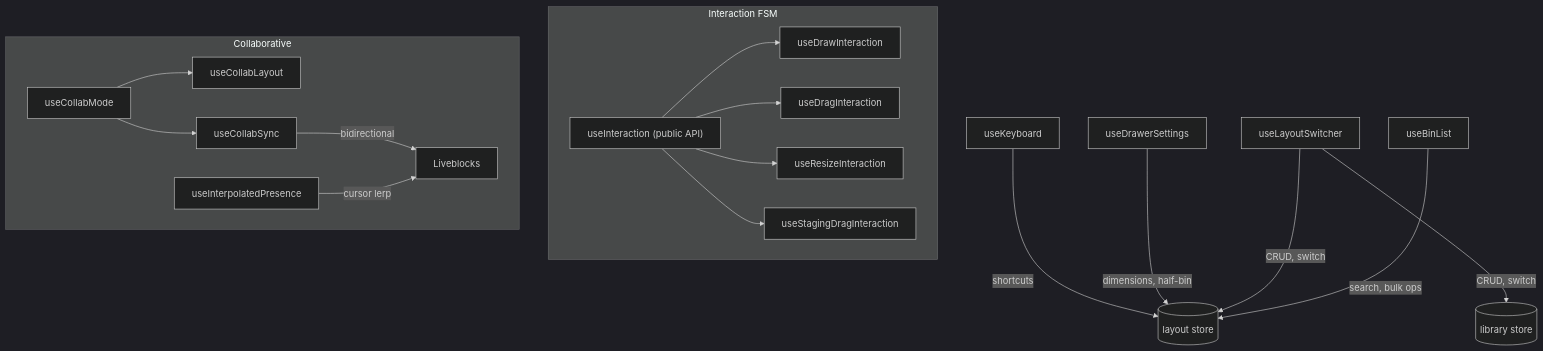
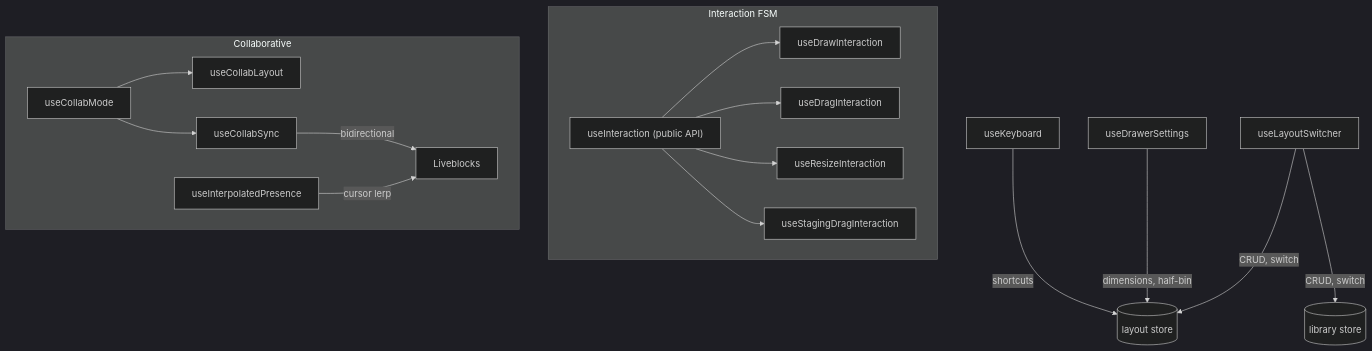
Before and after one commit to andymai/gridfinity-layout-tool: the diagram in src/hooks/README.md, drawn with Mermaid (dark theme). The commit also changed other lines of this file and 42 other files, not shown here.

First line of the commit message:
feat: remove expanded bin list modal feature

````diff
--- a/src/hooks/README.md
+++ b/src/hooks/README.md
@@ -5,22 +5,20 @@
 ```mermaid
 graph TB
     subgraph "Interaction FSM"
         UI["useInteraction (public API)"]
         UI --> DRAW[useDrawInteraction]
         UI --> DRAG[useDragInteraction]
         UI --> RESIZE[useResizeInteraction]
         UI --> SDRAG[useStagingDragInteraction]
     end
 
     KB[useKeyboard] -->|shortcuts| LAY[(layout store)]
     DS[useDrawerSettings] -->|dimensions, half-bin| LAY
     LS[useLayoutSwitcher] -->|CRUD, switch| LIB[(library store)] & LAY
-    BL[useBinList] -->|search, bulk ops| LAY
-
     subgraph "Collaborative"
         CM[useCollabMode] --> CL[useCollabLayout]
         CM --> CS[useCollabSync]
         CS -->|bidirectional| LB[Liveblocks]
         IP[useInterpolatedPresence] -->|cursor lerp| LB
     end
 ```
````
